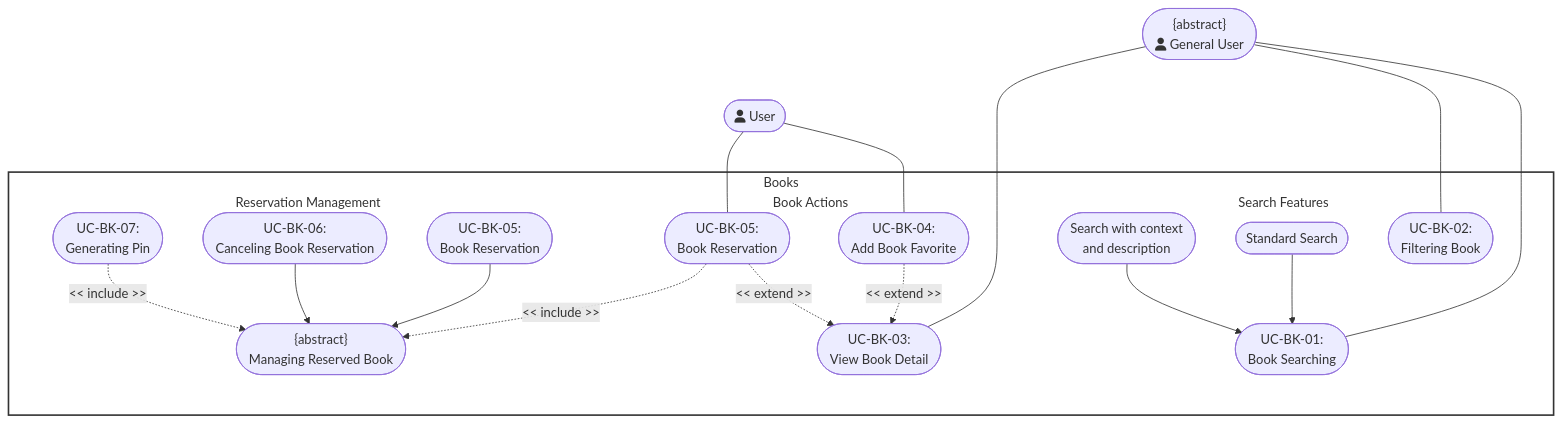
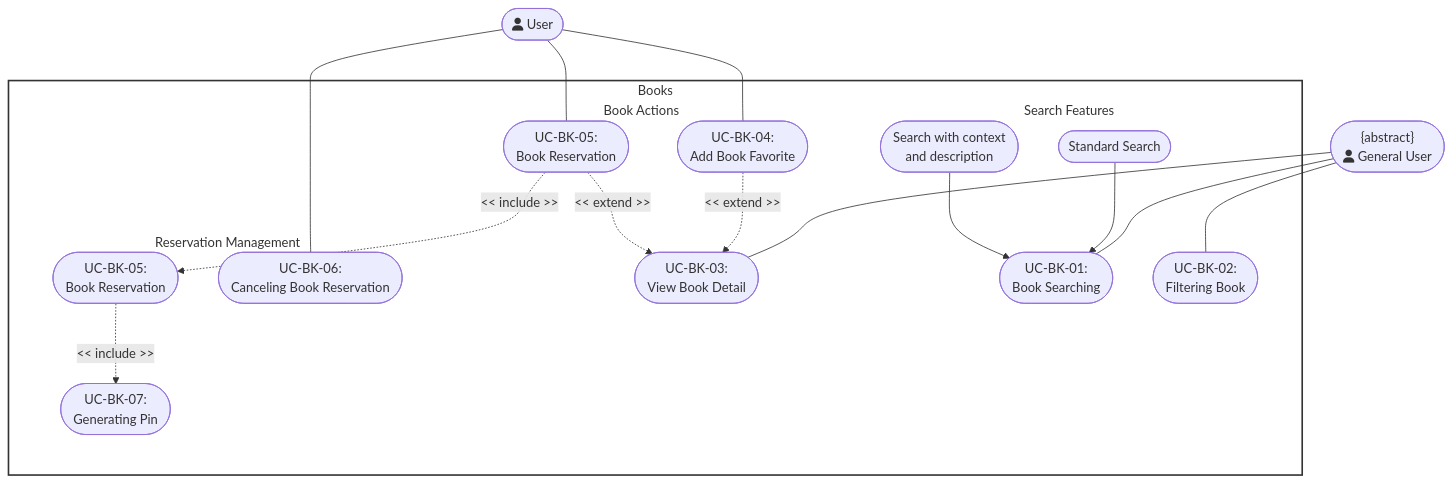
One commit to DuyNhat1705/AmeThyst-Library changed the fourth of 9 diagrams in docs/management/PA3/Use-CaseSpecification.md. Above: the diagram before and after it, drawn with Mermaid. The commit also changed other lines of this file and 4 other files, not shown here.

````diff
--- a/docs/management/PA3/Use-CaseSpecification.md
+++ b/docs/management/PA3/Use-CaseSpecification.md
@@ -1317,65 +1317,57 @@
 ```mermaid
 flowchart TD
     %% Actors 
-    Actor1(["<center>{abstract}<br>fa:fa-user General User</center>"])
+    Actor1(["<center>{abstract} <br> fa:fa-user General User</center>"])
     Actor2(["<center>fa:fa-user User</center>"])
 
     %% System Boundary Subgraph
     subgraph BooksSystem [Books]
         %% Column 1: Search & Filter Features
         subgraph SearchBlock [Search Features]
             UC_StdSearch(["<center>Standard Search</center>"])
             UC_SemSearch(["<center>Search with context<br>and description</center>"])
             UC_AbsSearching(["<center>UC-BK-01:<br>Book Searching</center>"])
             UC_Filter(["<center>UC-BK-02:<br>Filtering Book</center>"])
         end
         
         %% Column 2: Book Actions
         subgraph ActionBlock [Book Actions]
             UC_ViewDetail(["<center>UC-BK-03:<br>View Book Detail</center>"])
             UC_AddFav(["<center>UC-BK-04:<br>Add Book Favorite</center>"])
             UC_Reserve(["<center>UC-BK-05:<br>Book Reservation</center>"])
         end
         
         %% Column 3: Reservation Management
         subgraph ReserveBlock [Reservation Management]
-            UC_AbsManageReserve(["<center>{abstract}<br>Managing Reserved Book</center>"])
             UC_CreateReserve(["<center>UC-BK-05:<br>Book Reservation</center>"])
             UC_CancelReserve(["<center>UC-BK-06:<br>Canceling Book Reservation</center>"])
             UC_GenPin(["<center>UC-BK-07:<br>Generating Pin</center>"])
         end
     end
 
-    %% -------------------------------------------------------------
     %% Actor Associations
-    %% -------------------------------------------------------------
     Actor1 --- UC_AbsSearching
     Actor1 --- UC_Filter
     Actor1 --- UC_ViewDetail
     Actor2 --- UC_AddFav
     Actor2 --- UC_Reserve
-    Actor1 ~~~ Actor2
+    Actor2 --- UC_CancelReserve
 
-    %% -------------------------------------------------------------
-    %% Generalization Relationships
-    %% -------------------------------------------------------------
+    %% Valid Generalization (Standard/Semantic ARE types of Search)
     UC_StdSearch --> UC_AbsSearching
     UC_SemSearch --> UC_AbsSearching
-    
-    UC_CreateReserve --> UC_AbsManageReserve
-    UC_CancelReserve --> UC_AbsManageReserve
-    UC_GenPin -. "<< include >>" .-> UC_AbsManageReserve
 
-    %% -------------------------------------------------------------
     %% Extend & Include Relationships
-    %% -------------------------------------------------------------
     UC_AddFav -. "<< extend >>" .-> UC_ViewDetail
     UC_Reserve -. "<< extend >>" .-> UC_ViewDetail
-    UC_Reserve -. "<< include >>" .-> UC_AbsManageReserve
+    
+    %% Generating PIN is an INCLUDED step during reservation creation
+    UC_CreateReserve -. "<< include >>" .-> UC_GenPin
+    UC_Reserve -. "<< include >>" .-> UC_CreateReserve
 
     %% Styling
     style BooksSystem fill:#fff,stroke:#333,stroke-width:2px
     style SearchBlock fill:none,stroke:none
     style ActionBlock fill:none,stroke:none
     style ReserveBlock fill:none,stroke:none
 ```
````
